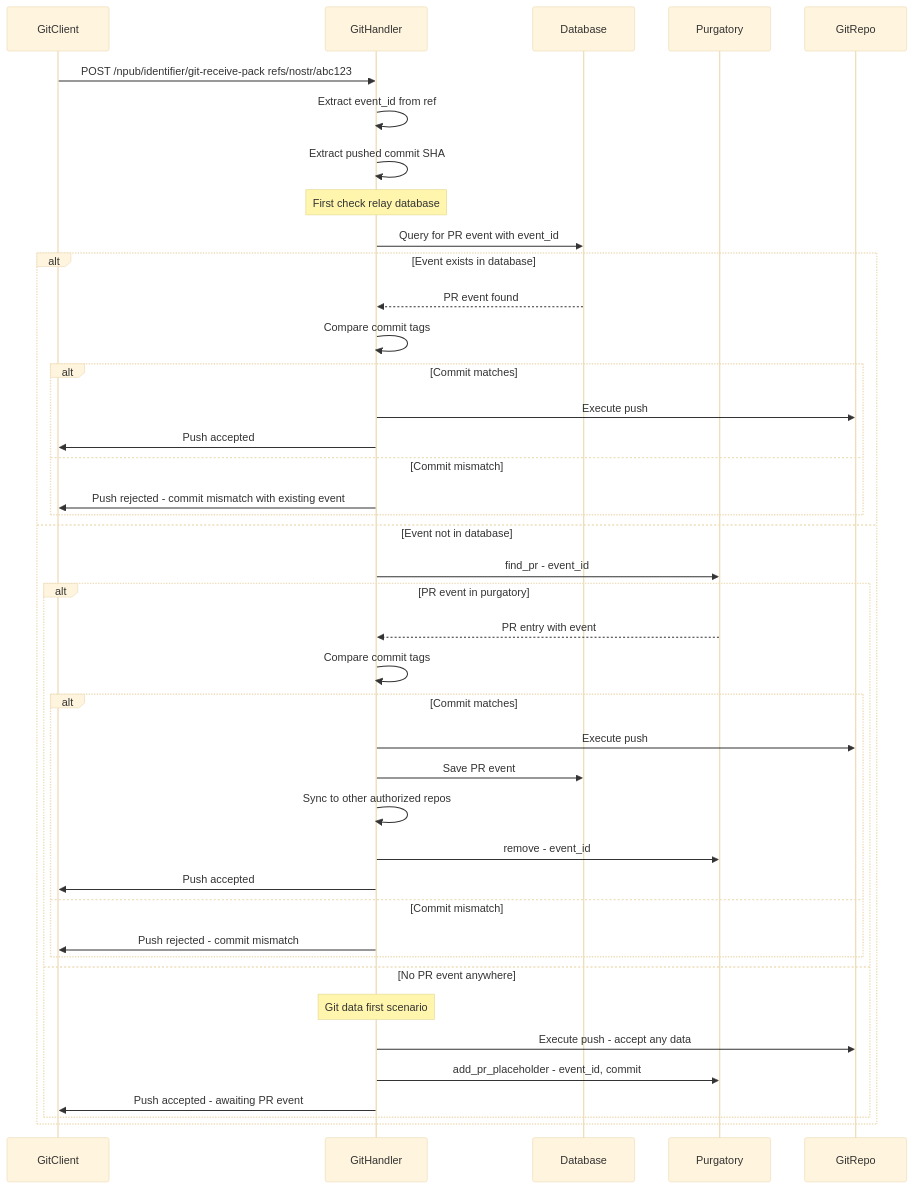
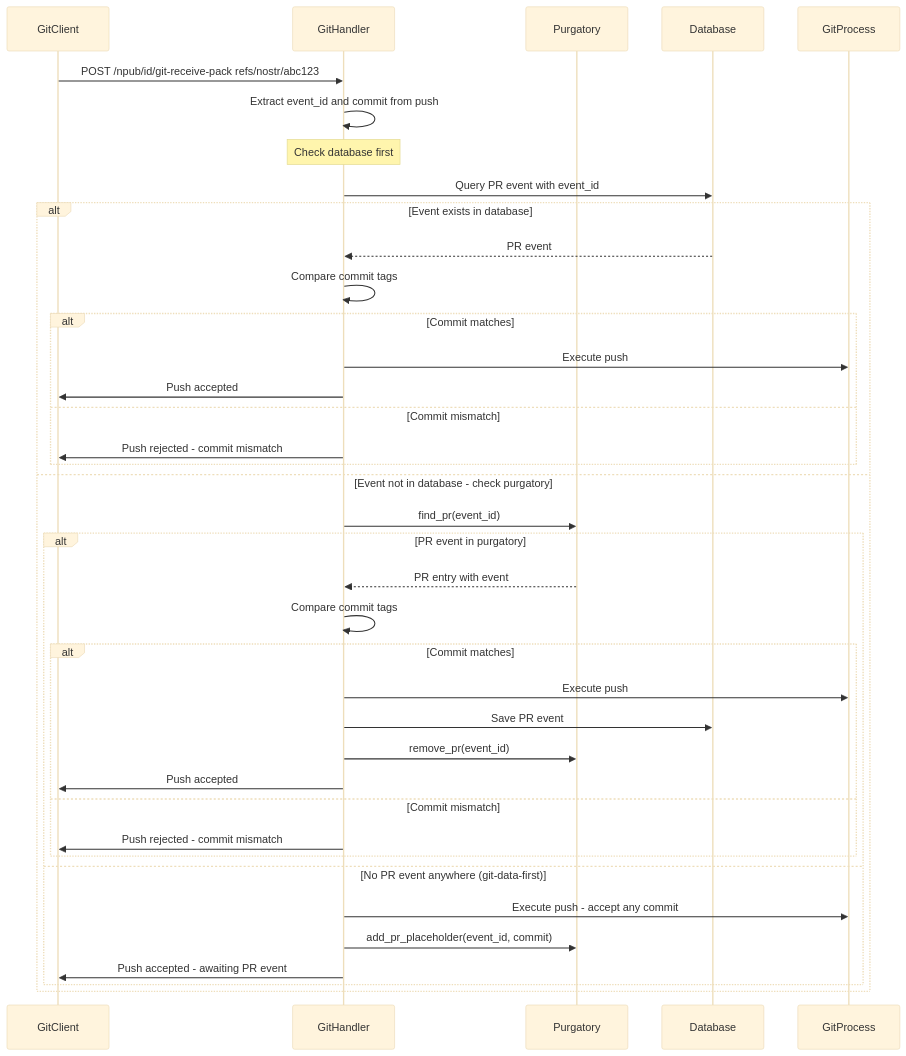
The fourth of 4 diagrams in docs/explanation/purgatory-design.md (Pleb5/ngit-grasp), drawn with Mermaid (base theme) before and after one commit. The commit also changed other lines of this file and 8 other files, not shown here.

Commit message:
docs: update docs with sync and purgatory and git data sync

````diff
--- a/docs/explanation/purgatory-design.md
+++ b/docs/explanation/purgatory-design.md
@@ -272,47 +301,44 @@
 ```mermaid
 sequenceDiagram
     participant GitClient
     participant GitHandler
+    participant Purgatory
     participant Database
-    participant Purgatory
-    participant GitRepo
+    participant GitProcess
 
-    GitClient->>GitHandler: POST /npub/identifier/git-receive-pack refs/nostr/abc123
-    GitHandler->>GitHandler: Extract event_id from ref
-    GitHandler->>GitHandler: Extract pushed commit SHA
-
-    Note over GitHandler: First check relay database
-    GitHandler->>Database: Query for PR event with event_id
-
+    GitClient->>GitHandler: POST /npub/id/git-receive-pack refs/nostr/abc123
+    GitHandler->>GitHandler: Extract event_id and commit from push
+    
+    Note over GitHandler: Check database first
+    GitHandler->>Database: Query PR event with event_id
+    
     alt Event exists in database
-        Database-->>GitHandler: PR event found
+        Database-->>GitHandler: PR event
         GitHandler->>GitHandler: Compare commit tags
         alt Commit matches
-            GitHandler->>GitRepo: Execute push
+            GitHandler->>GitProcess: Execute push
             GitHandler->>GitClient: Push accepted
         else Commit mismatch
-            GitHandler->>GitClient: Push rejected - commit mismatch with existing event
+            GitHandler->>GitClient: Push rejected - commit mismatch
         end
-    else Event not in database
-        GitHandler->>Purgatory: find_pr - event_id
-
+    else Event not in database - check purgatory
+        GitHandler->>Purgatory: find_pr(event_id)
+        
         alt PR event in purgatory
             Purgatory-->>GitHandler: PR entry with event
             GitHandler->>GitHandler: Compare commit tags
             alt Commit matches
-                GitHandler->>GitRepo: Execute push
+                GitHandler->>GitProcess: Execute push
                 GitHandler->>Database: Save PR event
-                GitHandler->>GitHandler: Sync to other authorized repos
-                GitHandler->>Purgatory: remove - event_id
+                GitHandler->>Purgatory: remove_pr(event_id)
                 GitHandler->>GitClient: Push accepted
             else Commit mismatch
                 GitHandler->>GitClient: Push rejected - commit mismatch
             end
-        else No PR event anywhere
-            Note over GitHandler: Git data first scenario
-            GitHandler->>GitRepo: Execute push - accept any data
-            GitHandler->>Purgatory: add_pr_placeholder - event_id, commit
+        else No PR event anywhere (git-data-first)
+            GitHandler->>GitProcess: Execute push - accept any commit
+            GitHandler->>Purgatory: add_pr_placeholder(event_id, commit)
             GitHandler->>GitClient: Push accepted - awaiting PR event
         end
     end
 ```
````
